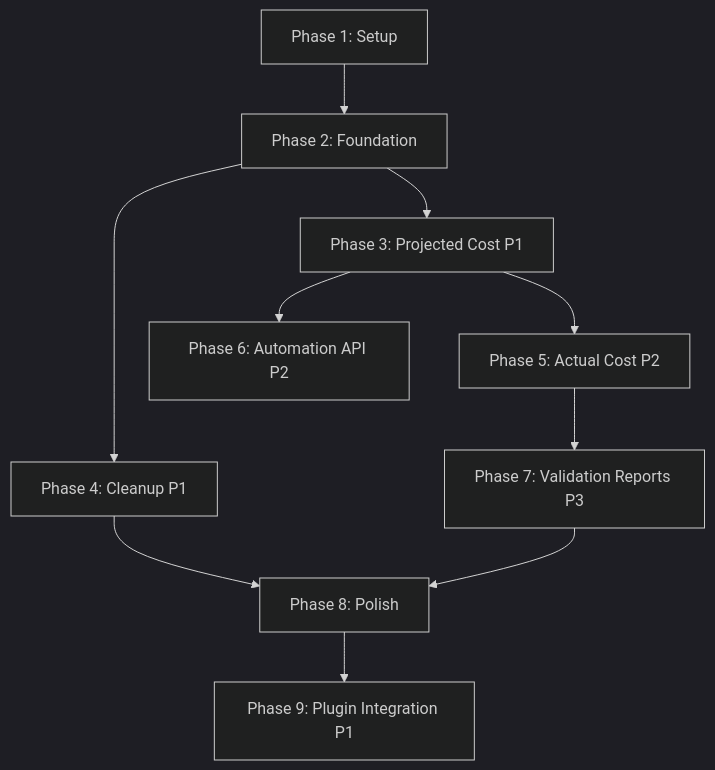
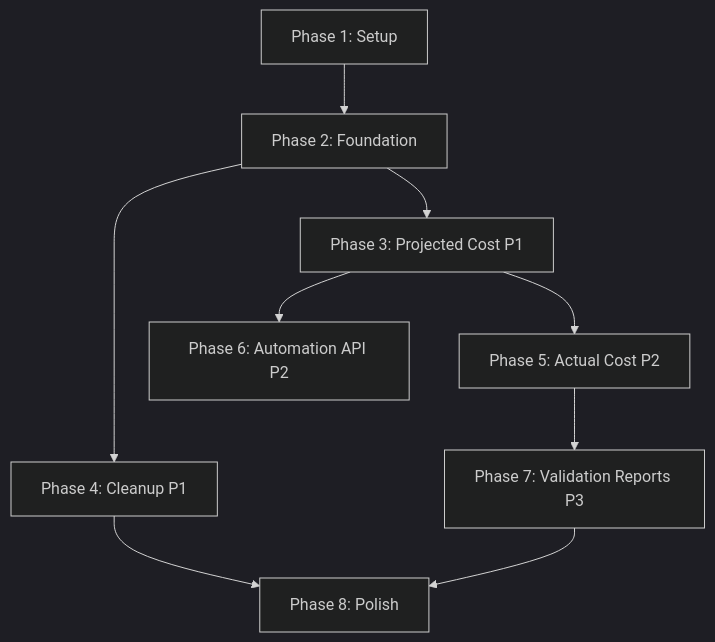
The diagram in specs/010-e2e-cost-testing/tasks.md (rshade/pulumicost-core), drawn with Mermaid (dark theme) before and after one commit. The commit also changed other lines of this file and 11 other files, not shown here.

````diff
--- a/specs/010-e2e-cost-testing/tasks.md
+++ b/specs/010-e2e-cost-testing/tasks.md
@@ -9,12 +9,11 @@
 ```mermaid
 graph TD
     Setup[Phase 1: Setup] --> Foundational[Phase 2: Foundation]
     Foundational --> US1[Phase 3: Projected Cost P1]
     Foundational --> US3[Phase 4: Cleanup P1]
     US1 --> US2[Phase 5: Actual Cost P2]
     US1 --> US4[Phase 6: Automation API P2]
     US2 --> US5[Phase 7: Validation Reports P3]
     US3 --> Polish[Phase 8: Polish]
     US5 --> Polish
-    Polish --> US6[Phase 9: Plugin Integration P1]
 ```
````
